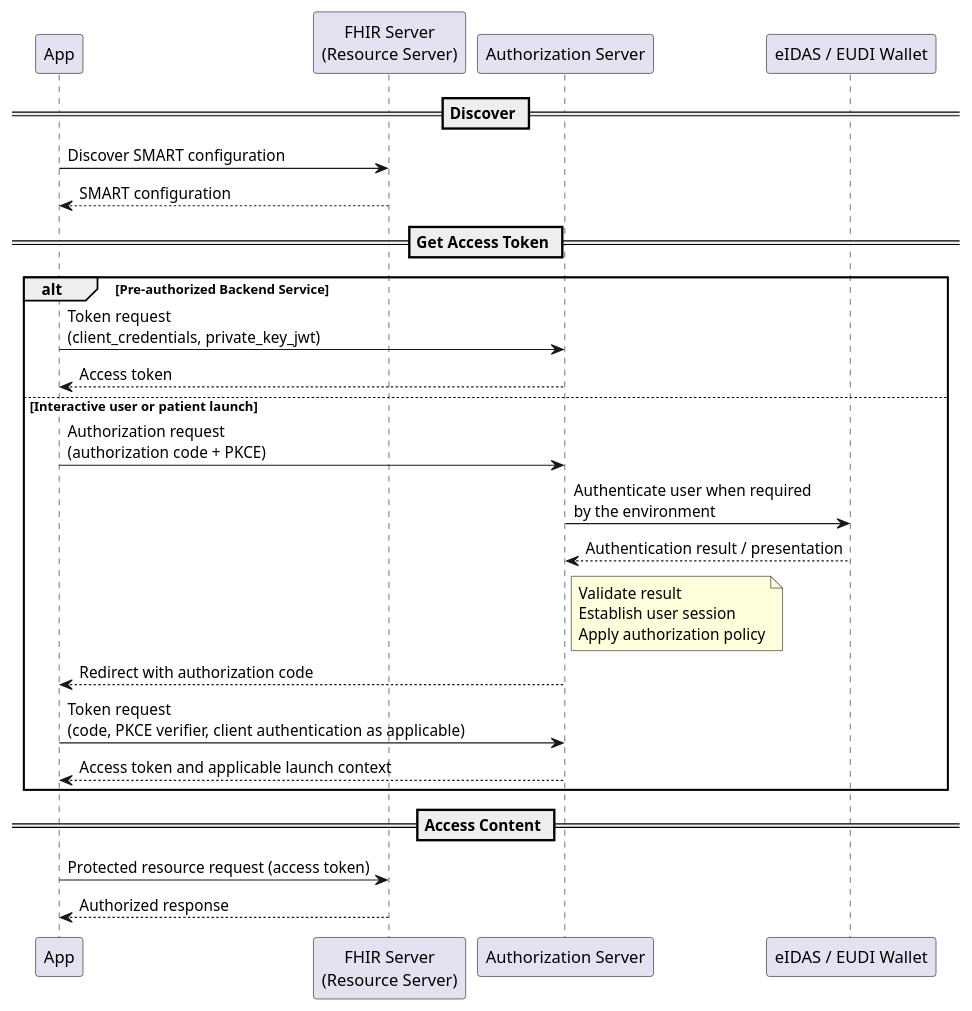
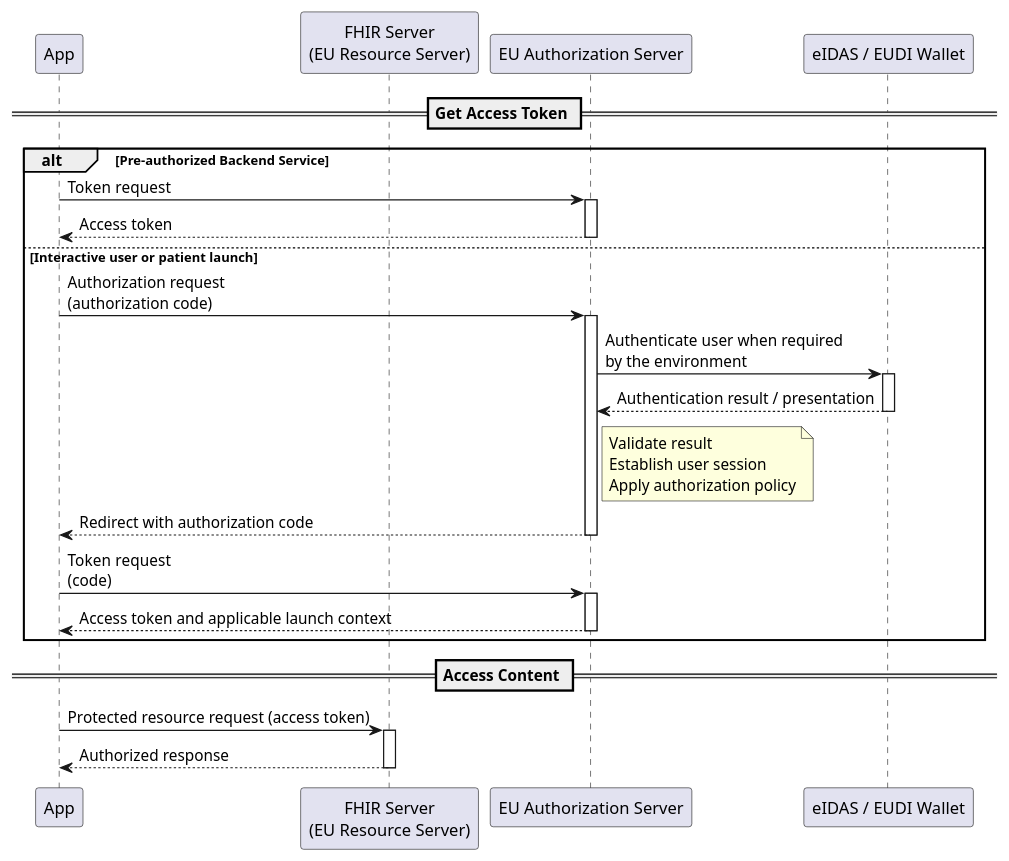
Before and after one commit to euridice-org/eu-health-data-api: the diagram in input/images-source/authorization-eidas-sequence.plantuml, drawn with PlantUML. The commit also changed 23 other files, not shown here.

```diff
--- a/input/images-source/authorization-eidas-sequence.plantuml
+++ b/input/images-source/authorization-eidas-sequence.plantuml
@@ -1,38 +1,33 @@
 @startuml authorization-eidas-sequence
 skinparam svgDimensionStyle false
 
 participant App
-participant "FHIR Server\n(Resource Server)" as FHIR
-participant "Authorization Server" as AS
+participant "FHIR Server\n(EU Resource Server)" as FHIR
+participant "EU Authorization Server" as AS
 participant "eIDAS / EUDI Wallet" as eIDAS
-
-== Discover ==
-
-App -> FHIR: Discover SMART configuration
-FHIR --> App: SMART configuration
 
 == Get Access Token ==
 
 alt Pre-authorized Backend Service
-    App -> AS: Token request\n(client_credentials, private_key_jwt)
-    AS --> App: Access token
+    App -> AS++: Token request
+    App <-- AS--: Access token
 else Interactive user or patient launch
-    App -> AS: Authorization request\n(authorization code + PKCE)
-    AS -> eIDAS: Authenticate user when required\nby the environment
-    eIDAS --> AS: Authentication result / presentation
+    App -> AS++: Authorization request\n(authorization code)
+    AS -> eIDAS++: Authenticate user when required\nby the environment
+    AS <-- eIDAS--: Authentication result / presentation
     note right of AS
         Validate result
         Establish user session
         Apply authorization policy
     end note
-    AS --> App: Redirect with authorization code
-    App -> AS: Token request\n(code, PKCE verifier, client authentication as applicable)
-    AS --> App: Access token and applicable launch context
+    App <-- AS--: Redirect with authorization code
+    App -> AS++: Token request\n(code)
+    App <-- AS--: Access token and applicable launch context
 end
 
 == Access Content ==
 
-App -> FHIR: Protected resource request (access token)
-FHIR --> App: Authorized response
+App -> FHIR++: Protected resource request (access token)
+App <-- FHIR--: Authorized response
 
 @enduml
```
